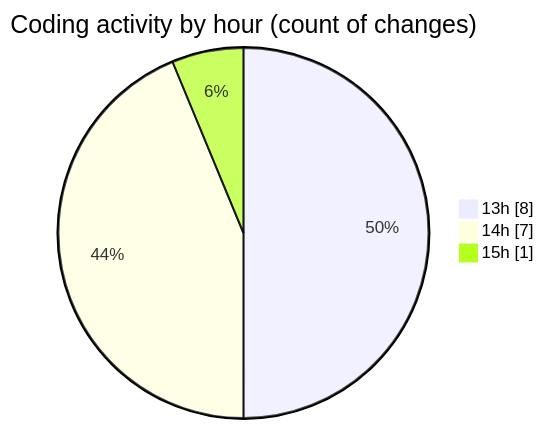
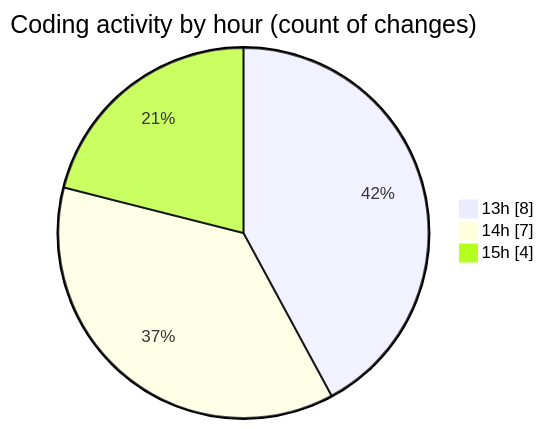
One commit to BS-eng2023/code-tracking changed the second of 2 diagrams in 2025-04-03/jsvms/README.md. Above: the diagram before and after it, drawn with Mermaid. The commit also changed other lines of this file and 1 other file, not shown here.

````diff
--- a/2025-04-03/jsvms/README.md
+++ b/2025-04-03/jsvms/README.md
@@ -34,7 +35,7 @@
 ```mermaid
 pie showData
 title Coding activity by hour (count of changes)
 "13h" : 8
 "14h" : 7
-"15h" : 1
+"15h" : 4
 ```
````
